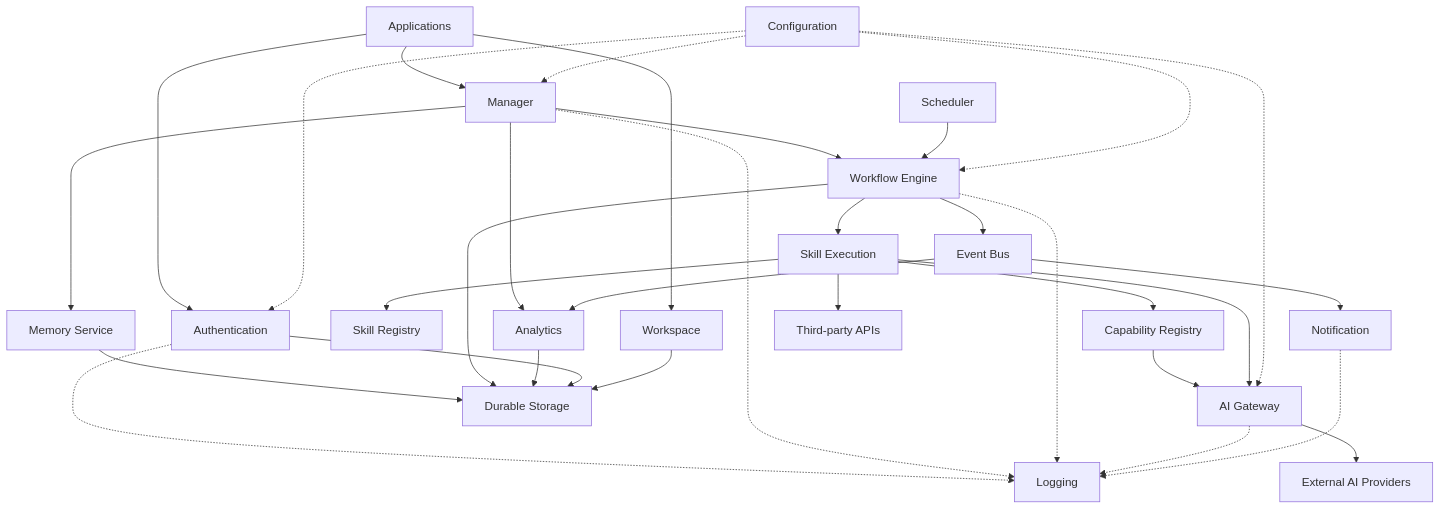
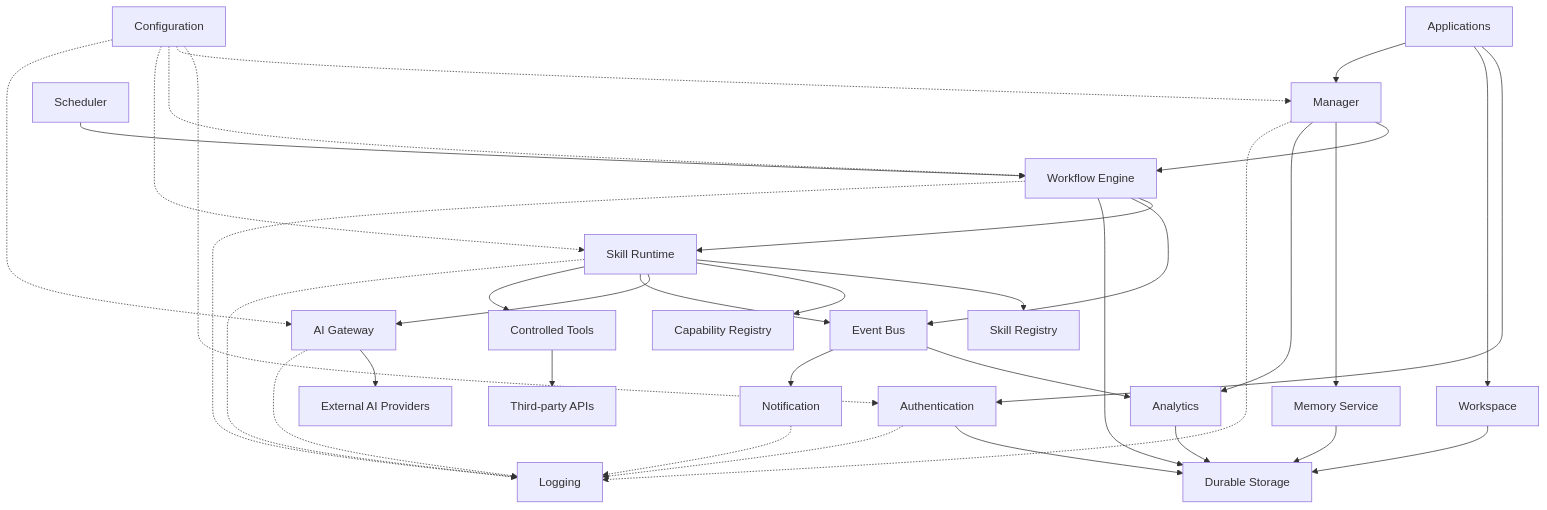
Before and after one commit to mayurbhavsar04/AIEOS: the second of 3 diagrams in docs/03-architecture/SystemArchitecture.md, drawn with Mermaid. The commit also changed other lines of this file and 1 other file, not shown here.

Commit message:
docs: define Skill Runtime boundary

````diff
--- a/docs/03-architecture/SystemArchitecture.md
+++ b/docs/03-architecture/SystemArchitecture.md
@@ -100,54 +100,58 @@
 ```mermaid
 flowchart TB
     UI["Applications"]
     AUTH["Authentication"]
     WS["Workspace"]
     MGR["Manager"]
     WF["Workflow Engine"]
-    SX["Skill Execution"]
+    SX["Skill Runtime"]
     SCH["Scheduler"]
     EB["Event Bus"]
     SR["Skill Registry"]
     CR["Capability Registry"]
     AI["AI Gateway"]
     MEM["Memory Service"]
     AN["Analytics"]
     NOT["Notification"]
     CFG["Configuration"]
     LOG["Logging"]
     EXT["External AI Providers"]
+    TOOL["Controlled Tools"]
     API["Third-party APIs"]
     STORE["Durable Storage"]
 
     UI --> AUTH
     UI --> WS
     UI --> MGR
     MGR --> WF
     MGR --> MEM
     MGR --> AN
     WF --> SX
     SX --> SR
     SX --> CR
-    CR --> AI
     SX --> AI
     AI --> EXT
     WF --> EB
+    SX --> EB
     SCH --> WF
     EB --> AN
     EB --> NOT
-    SX --> API
+    SX --> TOOL
+    TOOL --> API
     MEM --> STORE
     WF --> STORE
     AN --> STORE
     AUTH --> STORE
     WS --> STORE
     CFG -.-> AUTH
     CFG -.-> MGR
     CFG -.-> WF
+    CFG -.-> SX
     CFG -.-> AI
     AUTH -.-> LOG
     MGR -.-> LOG
     WF -.-> LOG
+    SX -.-> LOG
     AI -.-> LOG
     NOT -.-> LOG
 ```
````
